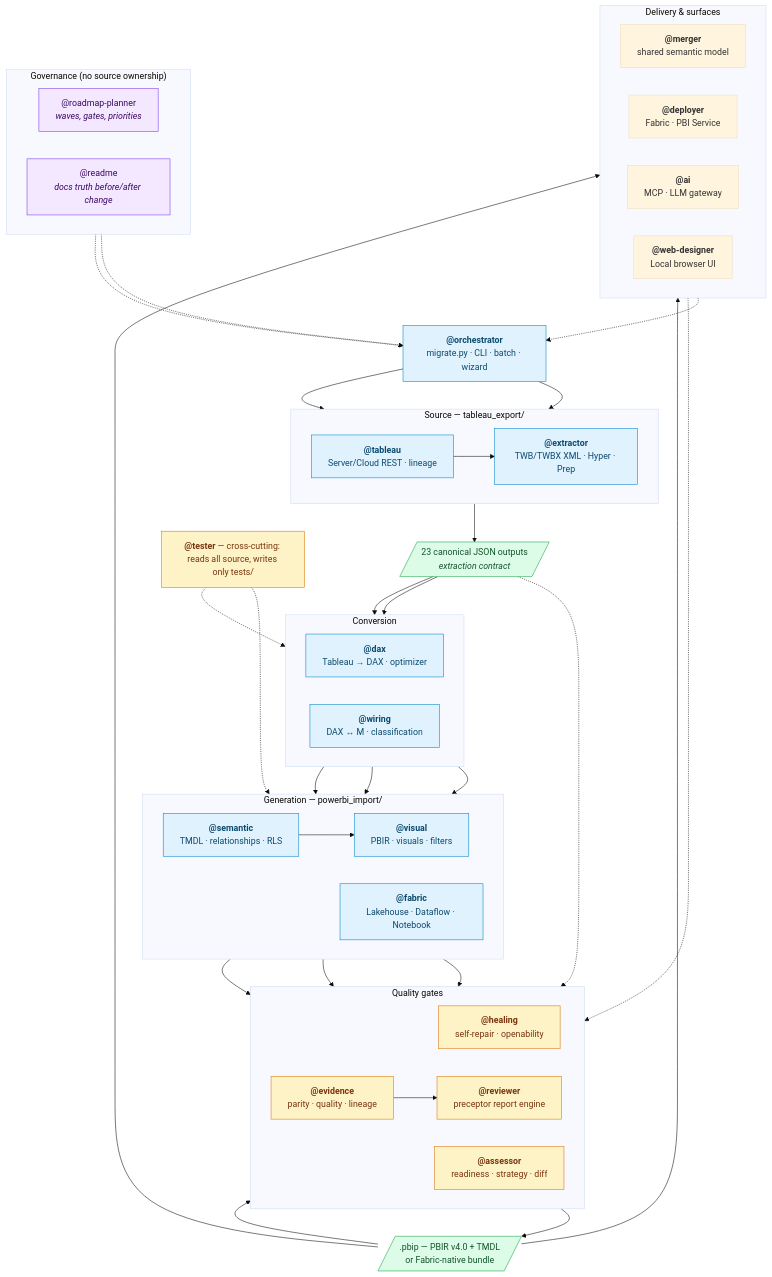
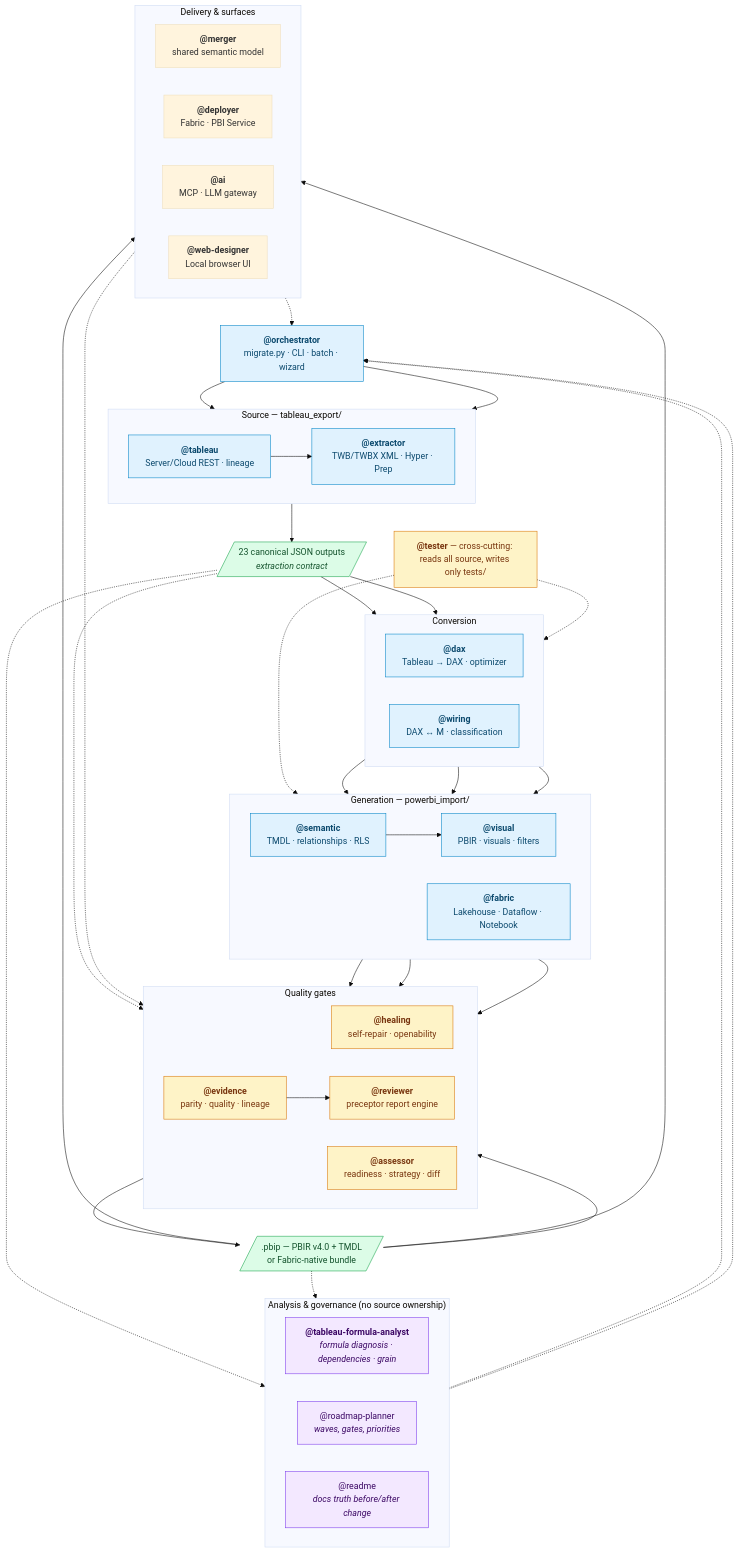
One commit to cyphou/TableauToPowerBI changed the first of 2 diagrams in docs/AGENTS.md. Above: the diagram before and after it, drawn with Mermaid (base theme). The commit also changed other lines of this file and 46 other files, not shown here.

Commit message:
fix: harden Tableau formula migration

````diff
--- a/docs/AGENTS.md
+++ b/docs/AGENTS.md
@@ -46,78 +49,81 @@
 ```mermaid
 flowchart TB
-    subgraph GOV["Governance (no source ownership)"]
+    subgraph GOV["Analysis & governance (no source ownership)"]
         direction LR
+        FORM["<b>@tableau-formula-analyst</b><br/><i>formula diagnosis · dependencies · grain</i>"]
         PLAN["@roadmap-planner<br/><i>waves, gates, priorities</i>"]
         DOCS["@readme<br/><i>docs truth before/after change</i>"]
     end
 
     ORCH["<b>@orchestrator</b><br/>migrate.py · CLI · batch · wizard"]
 
     subgraph SRC["Source — tableau_export/"]
         direction LR
         EXT["<b>@extractor</b><br/>TWB/TWBX XML · Hyper · Prep"]
         TAB["<b>@tableau</b><br/>Server/Cloud REST · lineage"]
     end
 
     JSON[/"23 canonical JSON outputs<br/><i>extraction contract</i>"/]
 
     subgraph CONV["Conversion"]
         direction LR
         DAX["<b>@dax</b><br/>Tableau → DAX · optimizer"]
         WIR["<b>@wiring</b><br/>DAX ↔ M · classification"]
     end
 
     subgraph GEN["Generation — powerbi_import/"]
         direction LR
         SEM["<b>@semantic</b><br/>TMDL · relationships · RLS"]
         VIS["<b>@visual</b><br/>PBIR · visuals · filters"]
         FAB["<b>@fabric</b><br/>Lakehouse · Dataflow · Notebook"]
     end
 
     subgraph QUAL["Quality gates"]
         direction LR
         HEAL["<b>@healing</b><br/>self-repair · openability"]
         EVI["<b>@evidence</b><br/>parity · quality · lineage"]
         ASS["<b>@assessor</b><br/>readiness · strategy · diff"]
         REV["<b>@reviewer</b><br/>preceptor report engine"]
     end
 
     subgraph DELIV["Delivery & surfaces"]
         direction LR
         MRG["<b>@merger</b><br/>shared semantic model"]
         DEP["<b>@deployer</b><br/>Fabric · PBI Service"]
         AI["<b>@ai</b><br/>MCP · LLM gateway"]
         WEBD["<b>@web-designer</b><br/>Local browser UI"]
     end
 
     OUT[/".pbip — PBIR v4.0 + TMDL<br/>or Fabric-native bundle"/]
     TEST["<b>@tester</b> — cross-cutting: reads all source, writes only tests/"]
 
     PLAN -.-> ORCH
     DOCS -.-> ORCH
+    JSON -.-> FORM
+    OUT -.-> FORM
     ORCH --> EXT & TAB
     TAB --> EXT
     EXT --> JSON
     JSON --> DAX & WIR
     DAX --> SEM
     WIR --> SEM & FAB
     SEM --> VIS
     SEM & VIS & FAB --> HEAL
     HEAL --> OUT
     OUT --> EVI --> REV
     JSON -.-> ASS
     OUT --> MRG & DEP
     AI -.-> EVI
     WEBD -.-> ORCH
     TEST -.-> GEN
     TEST -.-> CONV
 
     classDef gov fill:#f3e8ff,stroke:#7c3aed,color:#3b0764
     classDef core fill:#e0f2fe,stroke:#0284c7,color:#0c4a6e
     classDef gate fill:#fef3c7,stroke:#d97706,color:#78350f
     classDef art fill:#dcfce7,stroke:#16a34a,color:#14532d
-    class PLAN,DOCS gov
+    class FORM,PLAN,DOCS gov
     class ORCH,EXT,TAB,DAX,WIR,SEM,VIS,FAB core
     class HEAL,EVI,ASS,REV,TEST gate
     class JSON,OUT art
 ```
````
